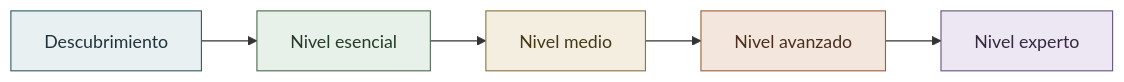
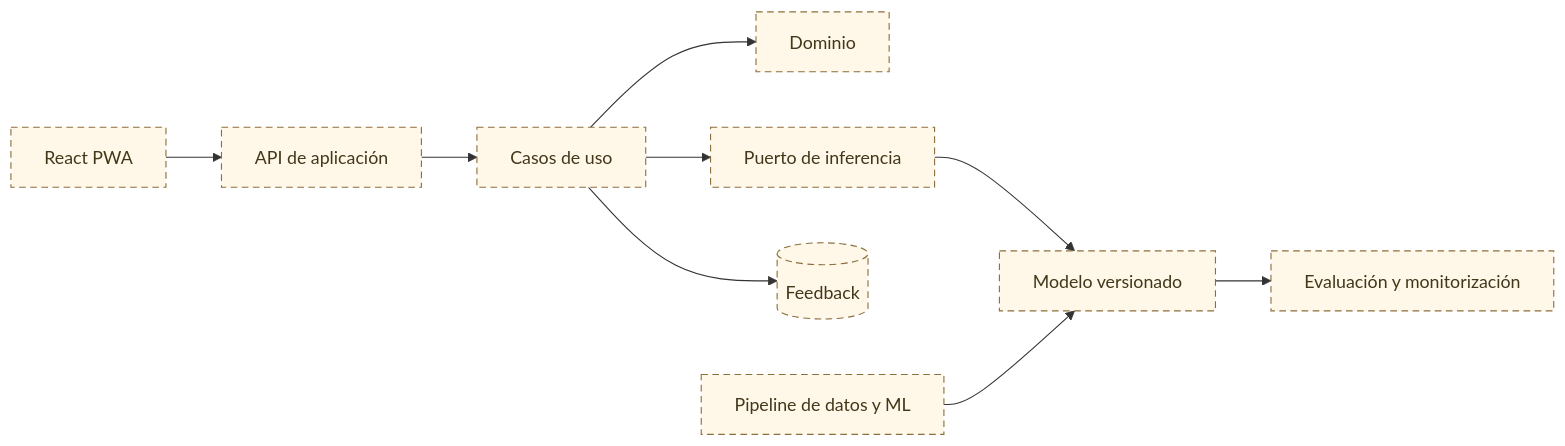
The second of 2 diagrams in README.md (Bootcamp-IA-MAD-P7/Proyecto6-Grupo1), drawn with Mermaid before and after one commit. The commit also changed other lines of this file and 105 other files, not shown here.

````diff
--- a/README.md
+++ b/README.md
@@ -41,19 +147,14 @@
 ```mermaid
 flowchart LR
-    D[Descubrimiento] --> E[Nivel esencial]
-    E --> M[Nivel medio]
-    M --> A[Nivel avanzado]
-    A --> X[Nivel experto]
+    UI[React PWA] --> API[API de aplicación]
+    API --> UC[Casos de uso]
+    UC --> DOM[Dominio]
+    UC --> INF[Puerto de inferencia]
+    INF --> MODEL[Modelo versionado]
+    UC --> DB[(Feedback)]
+    PIPE[Pipeline de datos y ML] --> MODEL
+    MODEL --> MON[Evaluación y monitorización]
 
-    classDef discovery fill:#E8F0F2,stroke:#315C66,color:#1F3439
-    classDef essential fill:#E8F1E9,stroke:#4C6B50,color:#253A28
-    classDef medium fill:#F3EEDF,stroke:#8A7441,color:#443819
-    classDef advanced fill:#F3E7DD,stroke:#9A603A,color:#4A2D1C
-    classDef expert fill:#ECE7F2,stroke:#67547A,color:#33283D
-
-    class D discovery
-    class E essential
-    class M medium
-    class A advanced
-    class X expert
+    classDef planned fill:#fff7e7,stroke:#8b6f3d,stroke-dasharray:6 4,color:#423719
+    class UI,API,UC,DOM,INF,MODEL,DB,PIPE,MON planned
 ```
````
